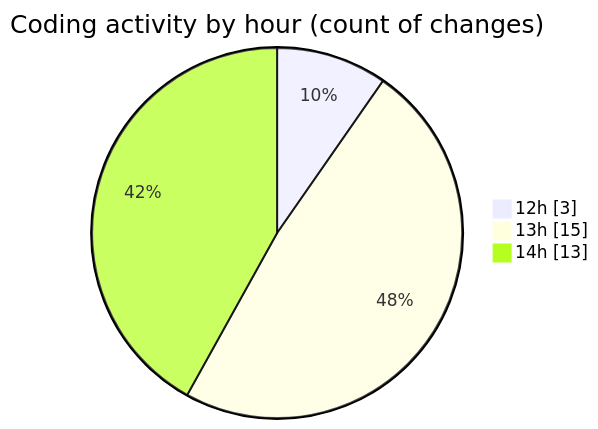
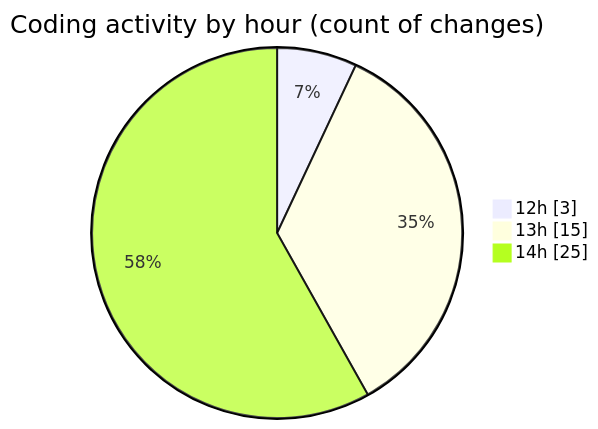
Before and after one commit to momahboobian/code-tracking: the second of 2 diagrams in 2026-02-26/car_database/README.md, drawn with Mermaid. The commit also changed other lines of this file and 1 other file, not shown here.

````diff
--- a/2026-02-26/car_database/README.md
+++ b/2026-02-26/car_database/README.md
@@ -44,7 +48,7 @@
 ```mermaid
 pie showData
 title Coding activity by hour (count of changes)
 "12h" : 3
 "13h" : 15
-"14h" : 13
+"14h" : 25
 ```
````
